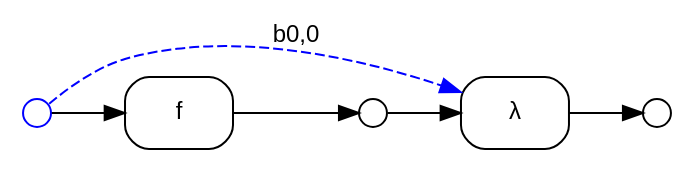
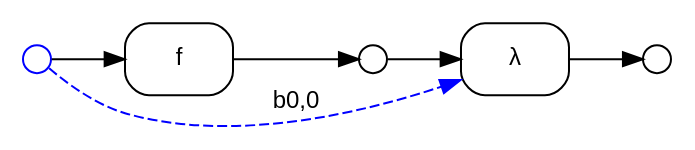
The diagram in example_lambda.dot (ammatsui/bhypvis), drawn with Graphviz before and after one commit. The commit also changed other lines of this file and 654 other files, not shown here.

```diff
--- a/example_lambda.dot
+++ b/example_lambda.dot
@@ -1,25 +1,25 @@
 digraph G {
   fontname="Helvetica"
   fontsize=12
   rankdir=LR;
   node [fontname="Helvetica", fontsize=12];
   edge [fontname="Helvetica", fontsize=12];
 
   // Nodes
+  n1 [label="", shape=circle, style=filled, fillcolor=white, color="black", width=0.2, height=0.2, fixedsize=true];
+  n0 [label="", shape=circle, style=filled, fillcolor=white, color="blue", width=0.2, height=0.2, fixedsize=true];
   n2 [label="", shape=circle, style=filled, fillcolor=white, color="black", width=0.2, height=0.2, fixedsize=true];
-  n0 [label="", shape=circle, style=filled, fillcolor=white, color="blue", width=0.2, height=0.2, fixedsize=true];
-  n1 [label="", shape=circle, style=filled, fillcolor=white, color="black", width=0.2, height=0.2, fixedsize=true];
 
   // Hyperedges
+  e0 [label="f", shape=box, style=rounded, color="black"];
   e1 [label="λ", shape=box, style=rounded, color="black"];
-  e0 [label="f", shape=box, style=rounded, color="black"];
 
   // Source connections
+  n0 -> e0 [label=""];
   n1 -> e1 [label=""];
   n0 -> e1 [style=dashed, color="blue", constraint=false, label="b0,0"];
-  n0 -> e0 [label=""];
 
   // Target connections
+  e0 -> n1 [label=""];
   e1 -> n2 [label=""];
-  e0 -> n1 [label=""];
 }
```
